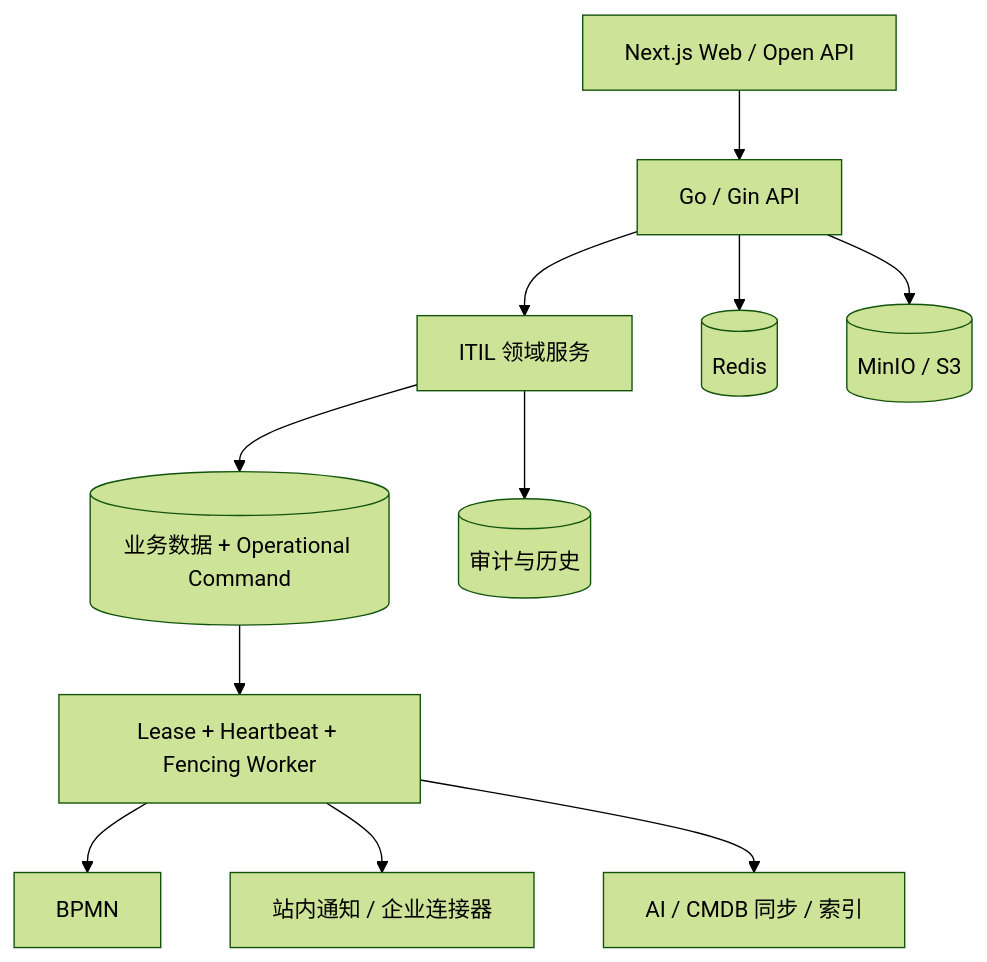
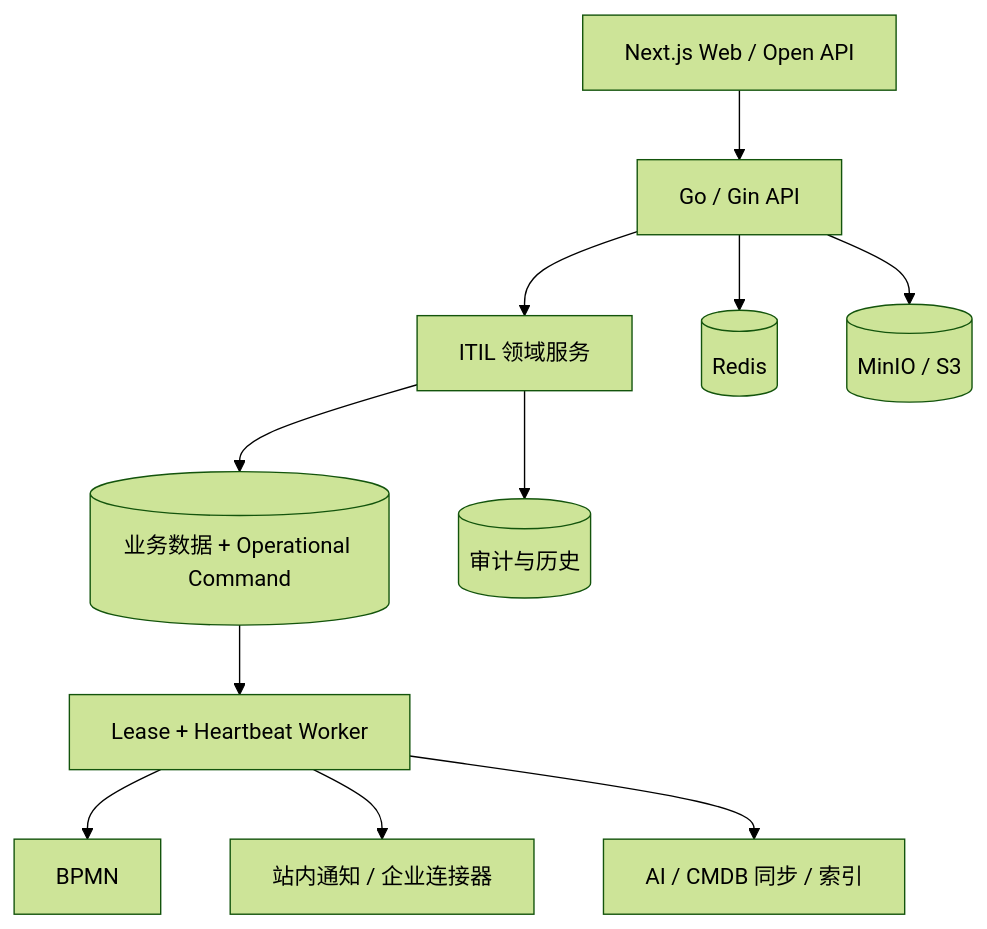
The second of 2 diagrams in README.md (heidsoft/itsm), drawn with Mermaid (forest theme) before and after one commit. The commit also changed other lines of this file and 11 other files, not shown here.

First line of the commit message:
docs(readme): 更新 README 文案 + 替换生产环境截图 + 修正协议引用

````diff
--- a/README.md
+++ b/README.md
@@ -330,13 +322,13 @@
 ```mermaid
 flowchart TB
     UI[Next.js Web / Open API] --> API[Go / Gin API]
     API --> DOMAIN[ITIL 领域服务]
     DOMAIN --> TX[(业务数据 + Operational Command)]
-    TX --> WORKER[Lease + Heartbeat + Fencing Worker]
+    TX --> WORKER[Lease + Heartbeat Worker]
     WORKER --> BPMN[BPMN]
     WORKER --> NOTICE[站内通知 / 企业连接器]
     WORKER --> FUTURE[AI / CMDB 同步 / 索引]
     DOMAIN --> AUDIT[(审计与历史)]
     API --> REDIS[(Redis)]
     API --> OBJECT[(MinIO / S3)]
 ```
````
